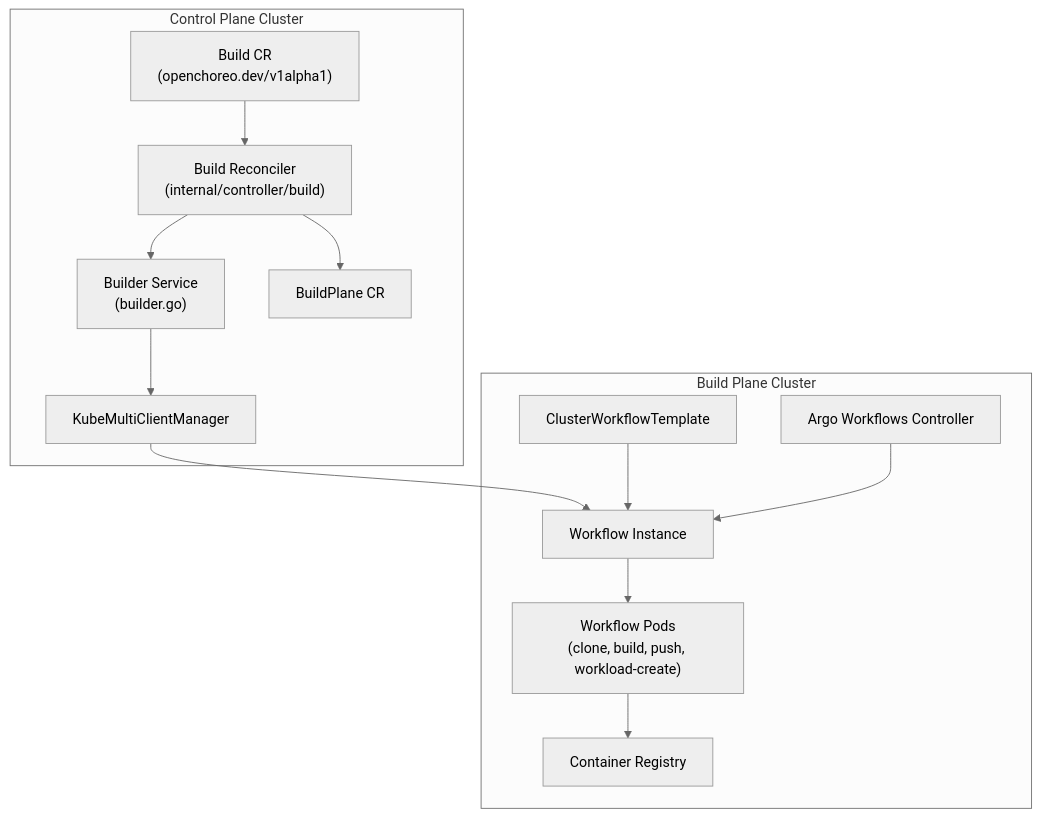
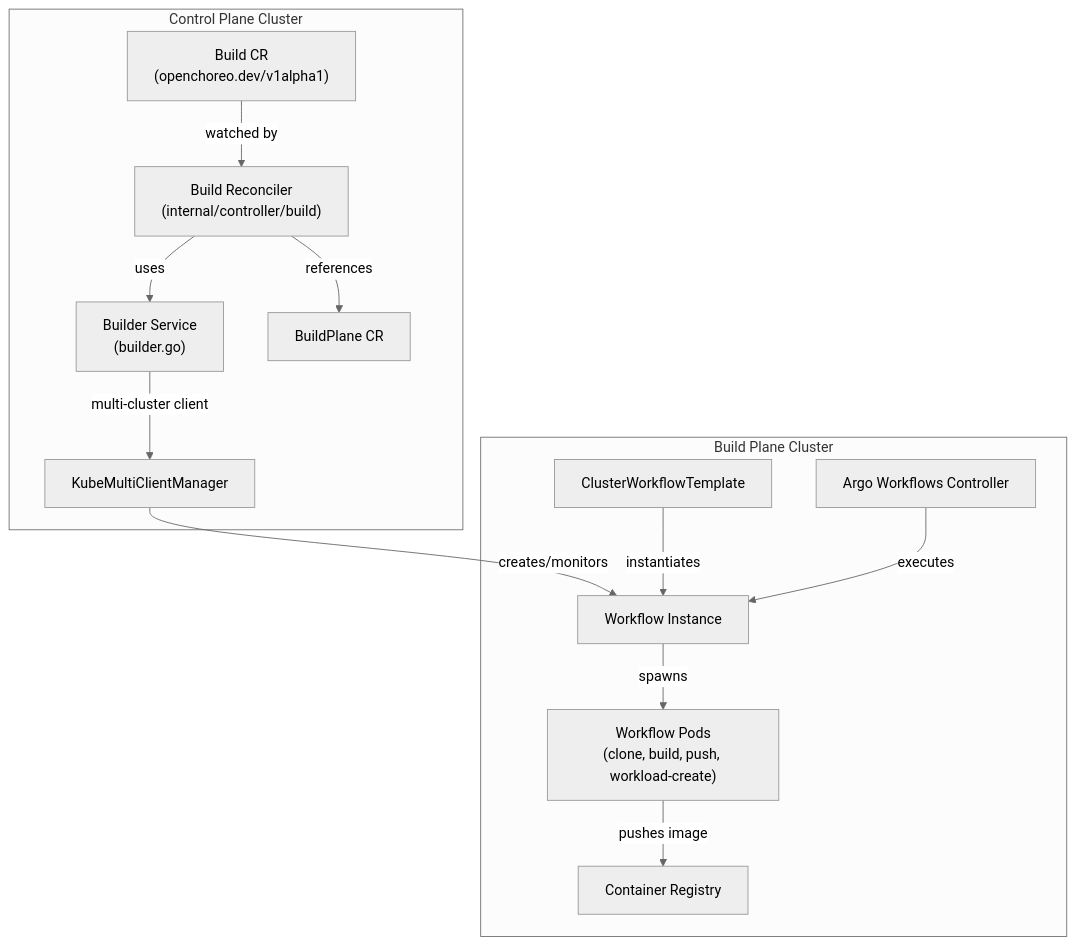
The first of 7 diagrams in docs/deepwiki/Build-Plane-and-Argo-Integration.md (openchoreo/openchoreo), drawn with Mermaid (neutral theme) before and after one commit. The commit also changed other lines of this file and 85 other files, not shown here.

Commit message:
feat: Add new workflow and specification templates, update Helm chart dependencies, and clarify documentation diagrams.

````diff
--- a/docs/deepwiki/Build-Plane-and-Argo-Integration.md
+++ b/docs/deepwiki/Build-Plane-and-Argo-Integration.md
@@ -30,40 +30,40 @@
 ```mermaid
 flowchart TD
 
 BuildCR["Build CR<br>(openchoreo.dev/v1alpha1)"]
 BuildReconciler["Build Reconciler<br>(internal/controller/build)"]
 Builder["Builder Service<br>(builder.go)"]
 ClientMgr["KubeMultiClientManager"]
 BuildPlaneCR["BuildPlane CR"]
 ArgoController["Argo Workflows Controller"]
 WFTemplate["ClusterWorkflowTemplate"]
 Workflow["Workflow Instance"]
 WFPods["Workflow Pods<br>(clone, build, push, workload-create)"]
 Registry["Container Registry"]
 
-ClientMgr --> Workflow
+ClientMgr -->|"creates/monitors"| Workflow
 
 subgraph subGraph1 ["Build Plane Cluster"]
     ArgoController
     WFTemplate
     Workflow
     WFPods
     Registry
-    WFTemplate --> Workflow
-    ArgoController --> Workflow
-    Workflow --> WFPods
-    WFPods --> Registry
+    WFTemplate -->|"instantiates"| Workflow
+    ArgoController -->|"executes"| Workflow
+    Workflow -->|"spawns"| WFPods
+    WFPods -->|"pushes image"| Registry
 end
 
 subgraph subGraph0 ["Control Plane Cluster"]
     BuildCR
     BuildReconciler
     Builder
     ClientMgr
     BuildPlaneCR
-    BuildCR --> BuildReconciler
-    BuildReconciler --> Builder
-    BuildReconciler --> BuildPlaneCR
-    Builder --> ClientMgr
+    BuildCR -->|"watched by"| BuildReconciler
+    BuildReconciler -->|"uses"| Builder
+    BuildReconciler -->|"references"| BuildPlaneCR
+    Builder -->|"multi-cluster client"| ClientMgr
 end
 ```
````
